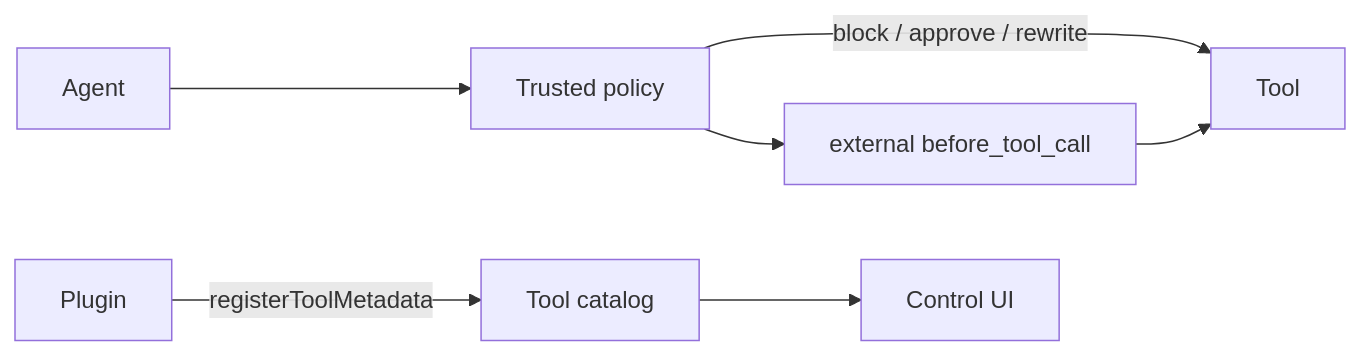
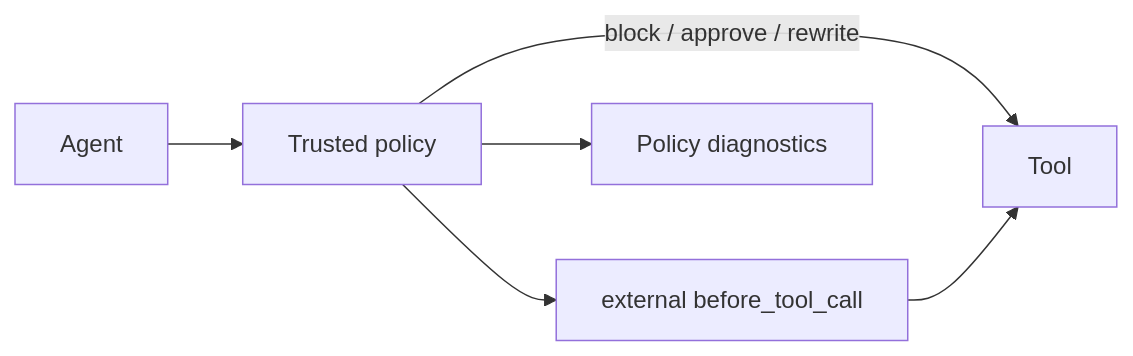
Diagram 18 of 23 in docs/plugins/host-hooks-examples.md (openclaw/openclaw), drawn with Mermaid before and after one commit. The commit also changed other lines of this file, not shown here.

Commit message:
docs(plugin-sdk): keep metadata recipe plugin-owned

````diff
--- a/docs/plugins/host-hooks-examples.md
+++ b/docs/plugins/host-hooks-examples.md
@@ -1918,9 +1918,8 @@
 ```mermaid
 flowchart LR
   Agent --> Trusted[Trusted policy]
   Trusted -->|block / approve / rewrite| Tool
   Trusted --> Hooks[external before_tool_call]
   Hooks --> Tool
-  Plugin -->|registerToolMetadata| Catalog[Tool catalog]
-  Catalog --> UI[Control UI]
+  Trusted --> Audit[Policy diagnostics]
 ```
````
